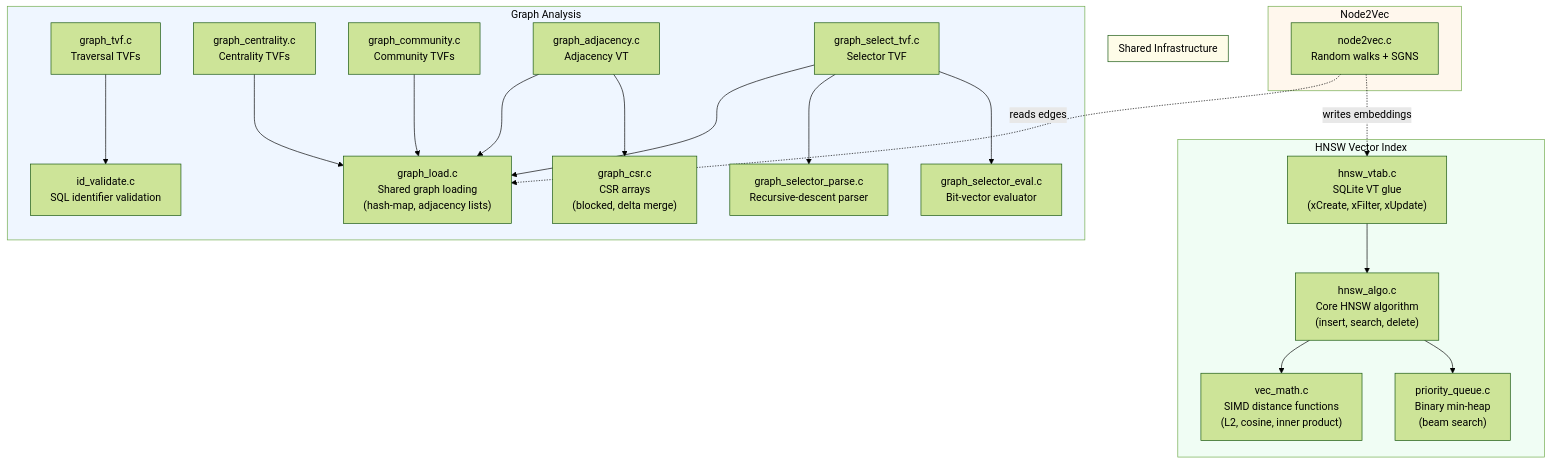
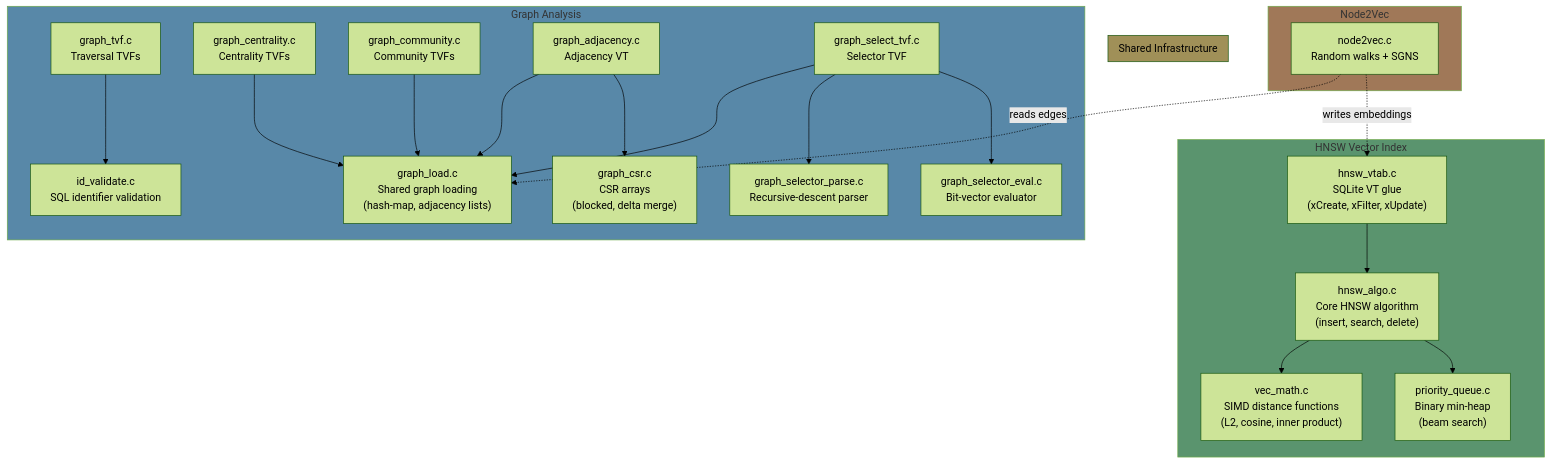
The second of 2 diagrams in docs/architecture.md (neozenith/sqlite-muninn), drawn with Mermaid (forest theme) before and after one commit. The commit also changed other lines of this file and 7 other files, not shown here.

````diff
--- a/docs/architecture.md
+++ b/docs/architecture.md
@@ -49,49 +49,49 @@
 ```mermaid
 flowchart TB
     subgraph hnsw_layer["HNSW Vector Index"]
         hnsw_vtab["hnsw_vtab.c<br/>SQLite VT glue<br/>(xCreate, xFilter, xUpdate)"]
         hnsw_algo["hnsw_algo.c<br/>Core HNSW algorithm<br/>(insert, search, delete)"]
         vec_math["vec_math.c<br/>SIMD distance functions<br/>(L2, cosine, inner product)"]
         pq["priority_queue.c<br/>Binary min-heap<br/>(beam search)"]
         hnsw_vtab --> hnsw_algo
         hnsw_algo --> vec_math
         hnsw_algo --> pq
     end
 
     subgraph graph_layer["Graph Analysis"]
         graph_tvf["graph_tvf.c<br/>Traversal TVFs"]
         graph_cent["graph_centrality.c<br/>Centrality TVFs"]
         graph_comm["graph_community.c<br/>Community TVFs"]
         graph_adj["graph_adjacency.c<br/>Adjacency VT"]
         graph_sel["graph_select_tvf.c<br/>Selector TVF"]
         graph_load["graph_load.c<br/>Shared graph loading<br/>(hash-map, adjacency lists)"]
         graph_csr["graph_csr.c<br/>CSR arrays<br/>(blocked, delta merge)"]
         sel_parse["graph_selector_parse.c<br/>Recursive-descent parser"]
         sel_eval["graph_selector_eval.c<br/>Bit-vector evaluator"]
 
         graph_tvf --> id_val
         graph_cent --> graph_load
         graph_comm --> graph_load
         graph_adj --> graph_load
         graph_adj --> graph_csr
         graph_sel --> graph_load
         graph_sel --> sel_parse
         graph_sel --> sel_eval
     end
 
     subgraph shared["Shared Infrastructure"]
         id_val["id_validate.c<br/>SQL identifier validation"]
     end
 
     subgraph n2v_layer["Node2Vec"]
         n2v_c["node2vec.c<br/>Random walks + SGNS"]
     end
 
     n2v_c -.->|"reads edges"| graph_load
     n2v_c -.->|"writes embeddings"| hnsw_vtab
 
-    style hnsw_layer fill:#f0fdf4,color:#000
-    style graph_layer fill:#eff6ff,color:#000
-    style shared fill:#fefce8,color:#000
-    style n2v_layer fill:#fff7ed,color:#000
+    style hnsw_layer fill:#5a946e
+    style graph_layer fill:#5888a8
+    style shared fill:#a09058
+    style n2v_layer fill:#a07858
 ```
````
